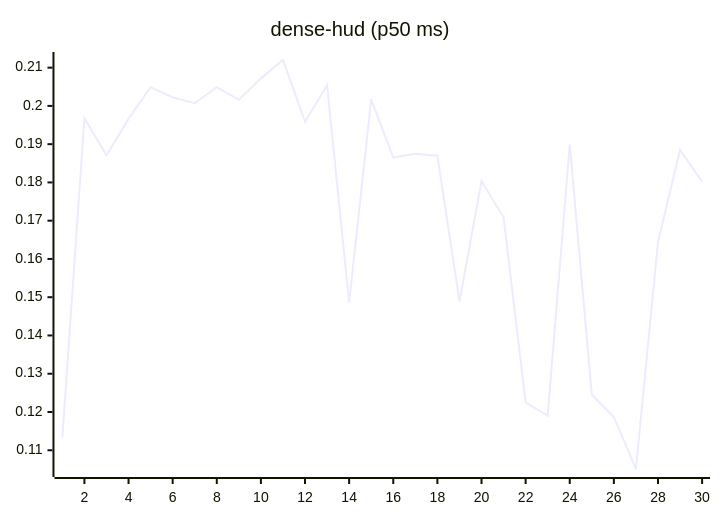
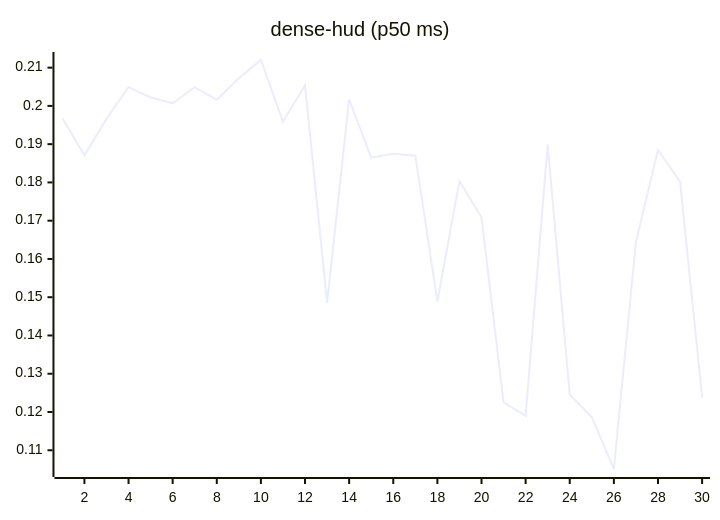
The eighth of 27 diagrams in README.md (josha/Facet), drawn with Mermaid before and after one commit. The commit also changed other lines of this file and 2 other files, not shown here.

````diff
--- a/README.md
+++ b/README.md
@@ -112,6 +112,6 @@
 ```mermaid
 xychart-beta
     title "dense-hud (p50 ms)"
     x-axis 1 --> 30
-    line [0.1134, 0.1968, 0.1871, 0.1966, 0.2049, 0.2022, 0.2007, 0.2049, 0.2016, 0.2072, 0.2120, 0.1959, 0.2054, 0.1486, 0.2017, 0.1865, 0.1875, 0.1870, 0.1489, 0.1803, 0.1709, 0.1225, 0.1190, 0.1899, 0.1245, 0.1187, 0.1051, 0.1644, 0.1885, 0.1802]
+    line [0.1968, 0.1871, 0.1966, 0.2049, 0.2022, 0.2007, 0.2049, 0.2016, 0.2072, 0.2120, 0.1959, 0.2054, 0.1486, 0.2017, 0.1865, 0.1875, 0.1870, 0.1489, 0.1803, 0.1709, 0.1225, 0.1190, 0.1899, 0.1245, 0.1187, 0.1051, 0.1644, 0.1885, 0.1802, 0.1239]
 ```
````
